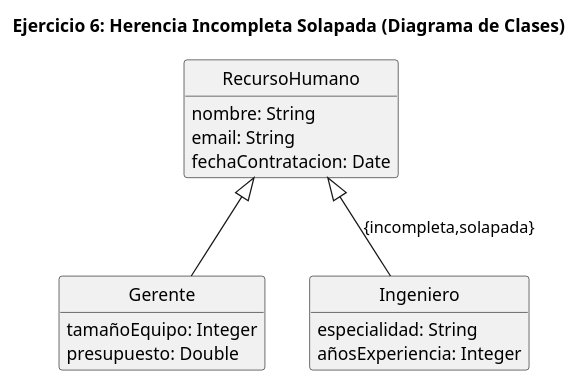
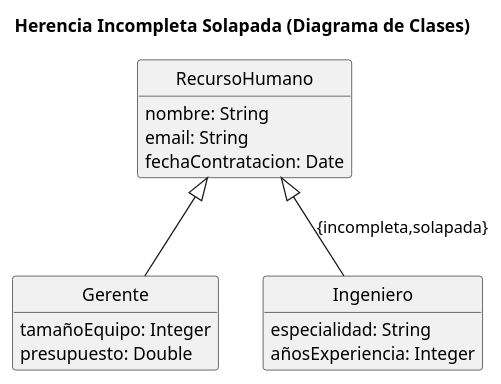
One commit to IISSI-US/web changed the eighth of 9 diagrams in _diagrams/mc2mr/diagramas.puml. Above: the diagram before and after it, drawn with PlantUML. The commit also changed other lines of this file and 59 other files, not shown here.

```diff
--- a/_diagrams/mc2mr/diagramas.puml
+++ b/_diagrams/mc2mr/diagramas.puml
@@ -144,26 +200,25 @@
-@startuml ejercicio-06-herencia-incompleta-solapada-clases
-title Ejercicio 6: Herencia Incompleta Solapada (Diagrama de Clases)
+@startuml herencia-incompleta-solapada-clases
+title Herencia Incompleta Solapada (Diagrama de Clases)
 
 hide empty members
 hide circle
 
 class RecursoHumano {
   nombre: String
   email: String
   fechaContratacion: Date
 }
 
 class Gerente {
   tamañoEquipo: Integer
   presupuesto: Double
 }
 
 class Ingeniero {
   especialidad: String
   añosExperiencia: Integer
 }
 
 RecursoHumano <|-- Gerente
 RecursoHumano <|-- Ingeniero : {incompleta,solapada}
-
 @enduml
```
